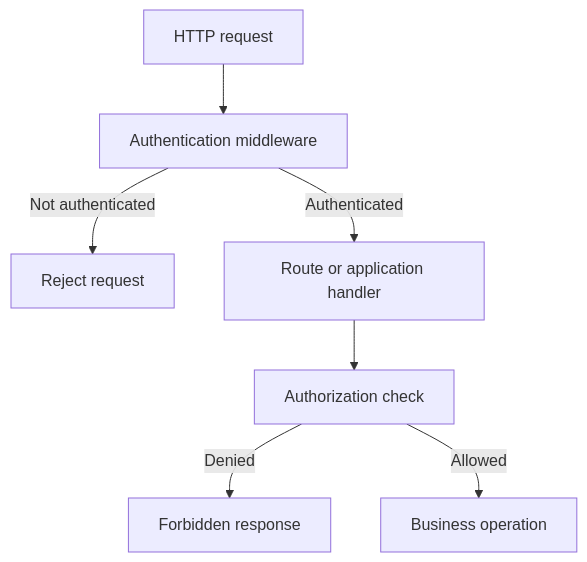
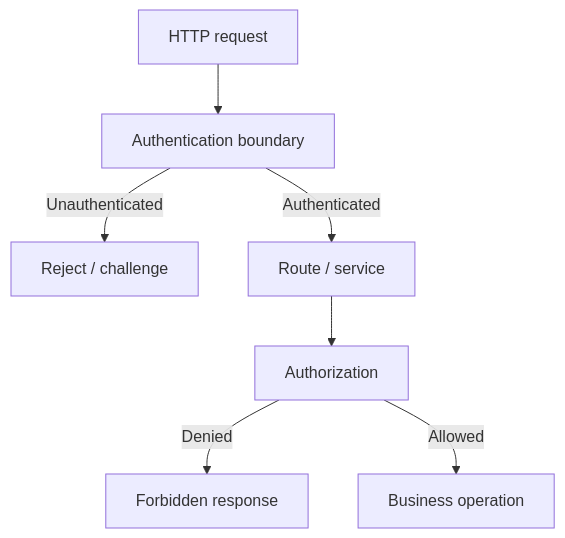
The fourth of 4 diagrams in documentation/handbook/17-authentication-and-authorization.md (shuklasp/spp), drawn with Mermaid before and after one commit. The commit also changed other lines of this file, not shown here.

Commit message:
docs: reconcile identity chapter with platform architecture

````diff
--- a/documentation/handbook/17-authentication-and-authorization.md
+++ b/documentation/handbook/17-authentication-and-authorization.md
@@ -231,9 +166,9 @@
 ```mermaid
 flowchart TD
-    A[HTTP request] --> B[Authentication middleware]
-    B -- Not authenticated --> C[Reject request]
-    B -- Authenticated --> D[Route or application handler]
-    D --> E[Authorization check]
+    A[HTTP request] --> B[Authentication boundary]
+    B -- Unauthenticated --> C[Reject / challenge]
+    B -- Authenticated --> D[Route / service]
+    D --> E[Authorization]
     E -- Denied --> F[Forbidden response]
     E -- Allowed --> G[Business operation]
 ```
````
